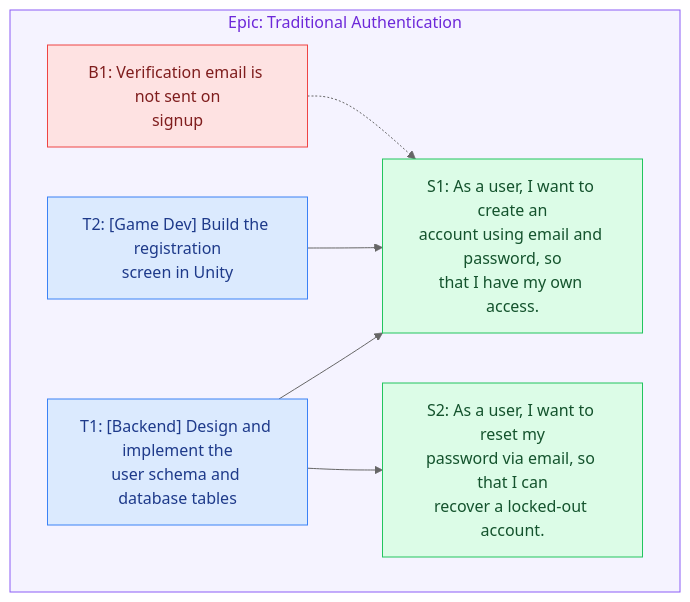
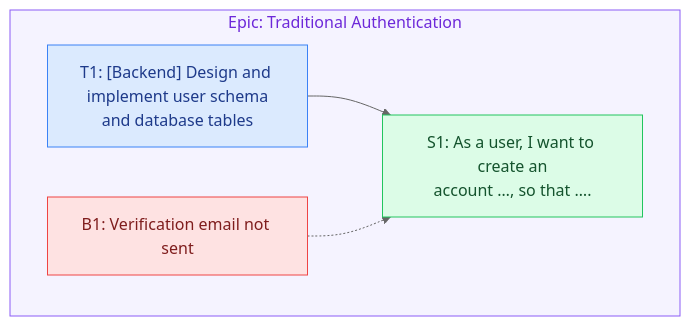
The diagram in skills/groomie/references/breakdown-guide.md (mfozmen/groomie), drawn with Mermaid (neutral theme) before and after one commit. The commit also changed other lines of this file and 1 other file, not shown here.

Commit message:
docs(groomie): regenerate mermaid examples from canonical titles
Pre-push panel round 2:
- NEW1: the worked mermaid labels paraphrased the titles instead of quoting
  them. Regenerated both blocks from the verbatim titles the same file already
  defines — the guide's diagram now mirrors its JSON-graph example node-for-node
  (S1/T1/B1), and examples.md reuses its own story/task titles.
- Q1: the <br/> breaks didn't match greedy wrap(text,34); recomputed them
  mechanically so the example matches the algorithm it cites.
- Q2: updated the --estimate mode example from the old short gist to a full
  wrapped title with the trailing (5).
- N1: step 4 now carves out the epic subgraph title at ~80 chars
  (wrap(epic.title,80)), not ~34 like item nodes.

````diff
--- a/skills/groomie/references/breakdown-guide.md
+++ b/skills/groomie/references/breakdown-guide.md
@@ -472,21 +474,17 @@
 ```mermaid
 flowchart TD
   subgraph epic1["Epic: Traditional Authentication"]
-    S1["S1: As a user, I want to create an<br/>account using email and password, so<br/>that I have my own access."]
-    S2["S2: As a user, I want to reset my<br/>password via email, so that I can<br/>recover a locked-out account."]
-    T1["T1: [Backend] Design and implement the<br/>user schema and database tables"]
-    T2["T2: [Game Dev] Build the registration<br/>screen in Unity"]
-    B1["B1: Verification email is not sent on<br/>signup"]
+    S1["S1: As a user, I want to create an<br/>account …, so that …."]
+    T1["T1: [Backend] Design and implement user schema<br/>and database tables"]
+    B1["B1: Verification email not sent"]
   end
   T1 --> S1
-  T1 --> S2
-  T2 --> S1
   B1 -.-> S1
   classDef story fill:#dcfce7,stroke:#22c55e,color:#14532d;
   classDef task  fill:#dbeafe,stroke:#3b82f6,color:#1e3a8a;
   classDef bug   fill:#fee2e2,stroke:#ef4444,color:#7f1d1d;
-  class S1,S2 story;
-  class T1,T2 task;
+  class S1 story;
+  class T1 task;
   class B1 bug;
   style epic1 fill:#f5f3ff,stroke:#8b5cf6,color:#6d28d9;
 ```
````
